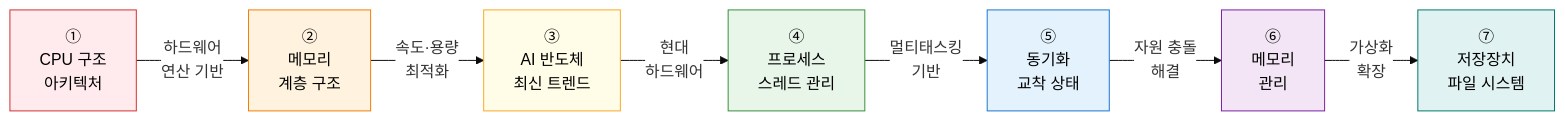
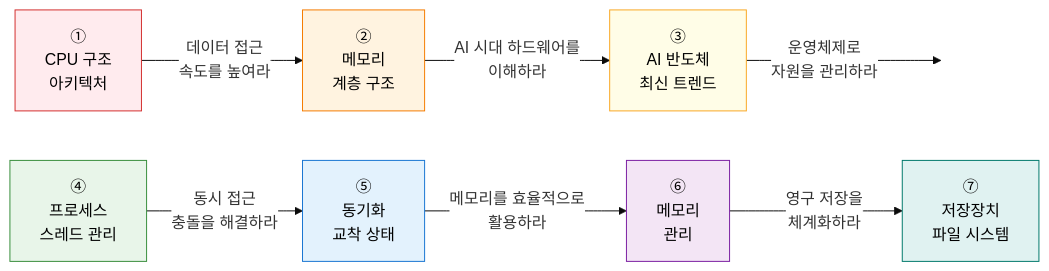
Before and after one commit to jeonck/itpe-KM: the diagram in content/docs/05-computer-architecture/_index.md, drawn with Mermaid. The commit also changed 5 other files, not shown here.

````diff
--- a/content/docs/05-computer-architecture/_index.md
+++ b/content/docs/05-computer-architecture/_index.md
@@ -11,18 +11,19 @@
 ```mermaid
 %%{init: { 'theme': 'base', 'themeVariables': { 'edgeLabelBackground': '#fff' }}}%%
 flowchart LR
-    A["①<br/>CPU 구조<br/>아키텍처"] --"하드웨어<br/>연산 기반"--> B["②<br/>메모리<br/>계층 구조"]
-    B --"속도·용량<br/>최적화"--> C["③<br/>AI 반도체<br/>최신 트렌드"]
-    C --"현대<br/>하드웨어"--> D["④<br/>프로세스<br/>스레드 관리"]
-    D --"멀티태스킹<br/>기반"--> E["⑤<br/>동기화<br/>교착 상태"]
-    E --"자원 충돌<br/>해결"--> F["⑥<br/>메모리<br/>관리"]
-    F --"가상화<br/>확장"--> G["⑦<br/>저장장치<br/>파일 시스템"]
+    A["①<br/>CPU 구조<br/>아키텍처"] --"데이터 접근<br/>속도를 높여라"--> B["②<br/>메모리<br/>계층 구조"]
+    B --"AI 시대 하드웨어를<br/>이해하라"--> C["③<br/>AI 반도체<br/>최신 트렌드"]
+    C --"운영체제로<br/>자원을 관리하라"--> Z[" "]
+    D["④<br/>프로세스<br/>스레드 관리"] --"동시 접근<br/>충돌을 해결하라"--> E["⑤<br/>동기화<br/>교착 상태"]
+    E --"메모리를 효율적으로<br/>활용하라"--> F["⑥<br/>메모리<br/>관리"]
+    F --"영구 저장을<br/>체계화하라"--> G["⑦<br/>저장장치<br/>파일 시스템"]
 
     style A fill:#FFEBEE,stroke:#D32F2F,color:#000
     style B fill:#FFF3E0,stroke:#F57C00,color:#000
     style C fill:#FFFDE7,stroke:#F9A825,color:#000
     style D fill:#E8F5E9,stroke:#388E3C,color:#000
     style E fill:#E3F2FD,stroke:#1976D2,color:#000
     style F fill:#F3E5F5,stroke:#7B1FA2,color:#000
     style G fill:#E0F2F1,stroke:#00796B,color:#000
+    style Z fill:none,stroke:none
 ```
````
